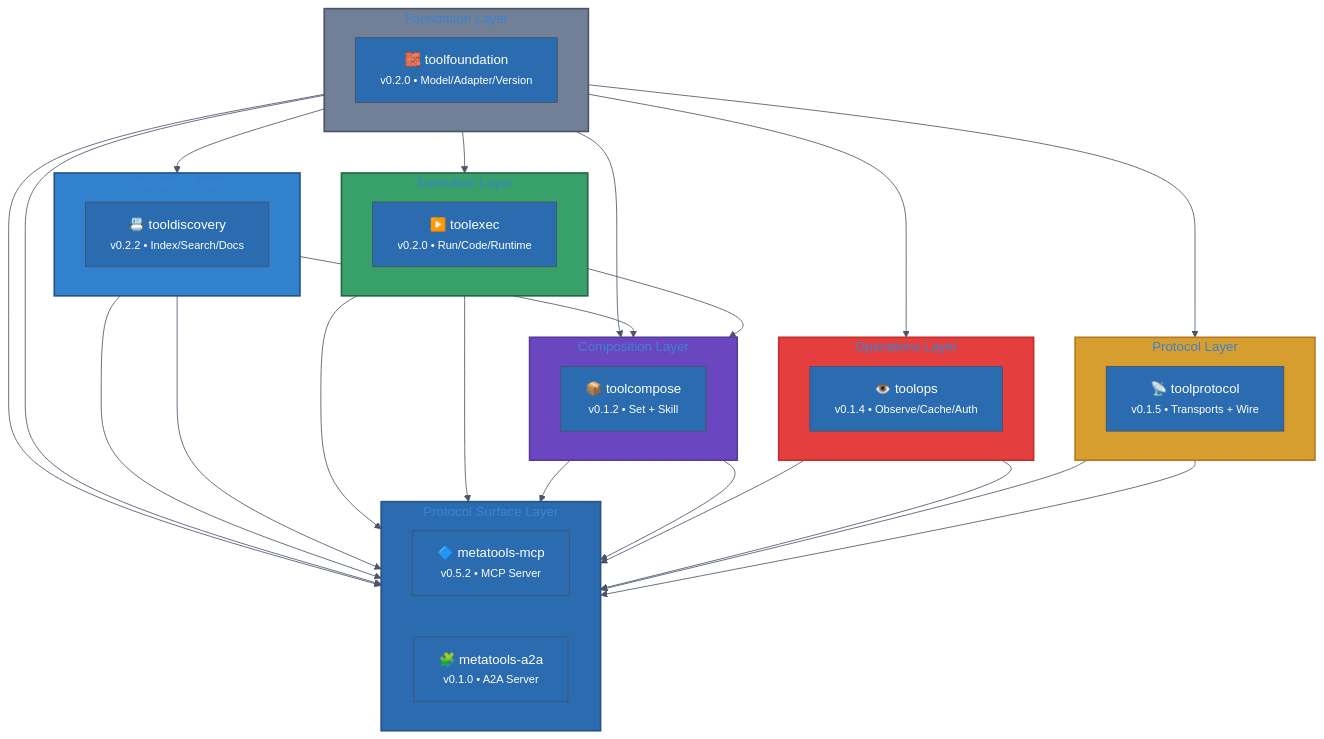
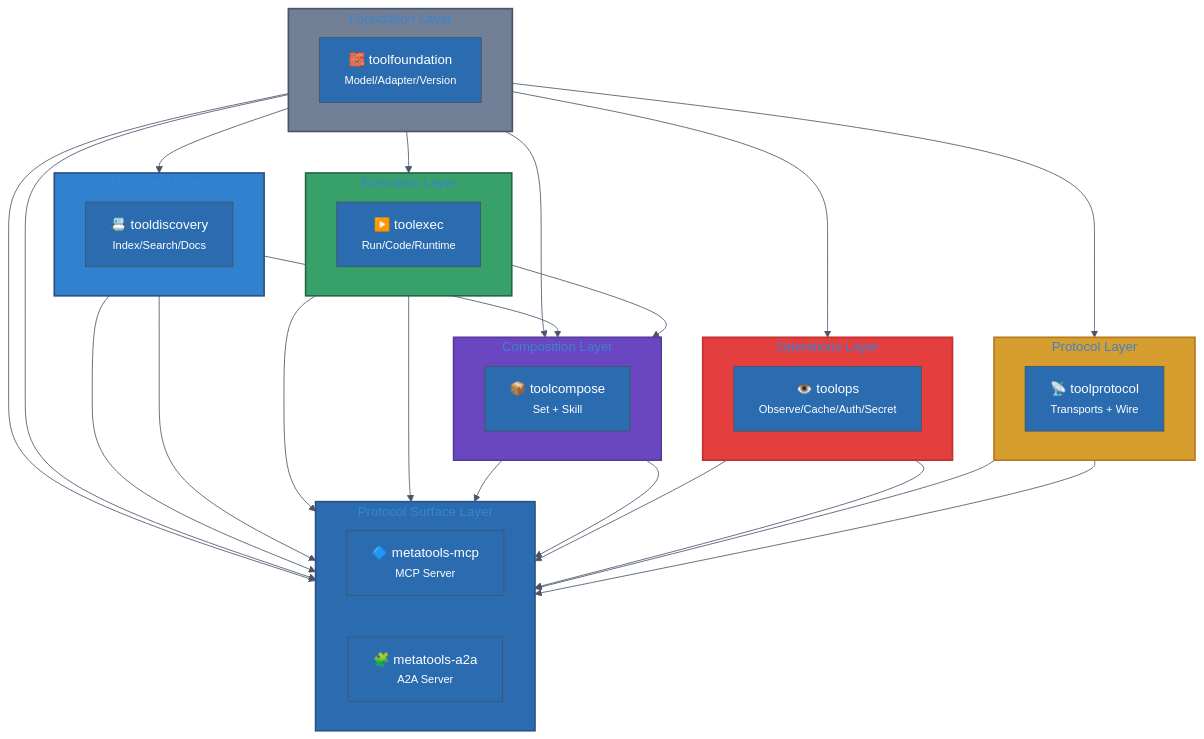
Before and after one commit to jonwraymond/ai-tools-stack: the second of 7 diagrams in docs/architecture/overview.md, drawn with Mermaid. The commit also changed 10 other files, not shown here.

````diff
--- a/docs/architecture/overview.md
+++ b/docs/architecture/overview.md
@@ -60,70 +60,70 @@
 ```mermaid
 %%{init: {'theme': 'base', 'themeVariables': {'primaryColor': '#2b6cb0', 'primaryTextColor': '#fff', 'lineColor': '#4a5568'}}}%%
 flowchart TB
     subgraph surface["Protocol Surface Layer"]
         direction LR
-        metatools["🔷 metatools-mcp<br/><small>v0.5.2 • MCP Server</small>"]
-        metatoolsA2A["🧩 metatools-a2a<br/><small>v0.1.0 • A2A Server</small>"]
+        metatools["🔷 metatools-mcp<br/><small>MCP Server</small>"]
+        metatoolsA2A["🧩 metatools-a2a<br/><small>A2A Server</small>"]
     end
 
     subgraph protocol["Protocol Layer"]
         direction LR
-        toolprotocol["📡 toolprotocol<br/><small>v0.1.5 • Transports + Wire</small>"]
+        toolprotocol["📡 toolprotocol<br/><small>Transports + Wire</small>"]
     end
 
     subgraph operations["Operations Layer"]
         direction LR
-        toolops["👁️ toolops<br/><small>v0.1.4 • Observe/Cache/Auth</small>"]
+        toolops["👁️ toolops<br/><small>Observe/Cache/Auth/Secret</small>"]
     end
 
     subgraph composition["Composition Layer"]
         direction LR
-        toolcompose["📦 toolcompose<br/><small>v0.1.2 • Set + Skill</small>"]
+        toolcompose["📦 toolcompose<br/><small>Set + Skill</small>"]
     end
 
     subgraph execution["Execution Layer"]
         direction LR
-        toolexec["▶️ toolexec<br/><small>v0.2.0 • Run/Code/Runtime</small>"]
+        toolexec["▶️ toolexec<br/><small>Run/Code/Runtime</small>"]
     end
 
     subgraph discovery["Discovery Layer"]
         direction LR
-        tooldiscovery["📇 tooldiscovery<br/><small>v0.2.2 • Index/Search/Docs</small>"]
+        tooldiscovery["📇 tooldiscovery<br/><small>Index/Search/Docs</small>"]
     end
 
     subgraph foundation["Foundation Layer"]
         direction LR
-        toolfoundation["🧱 toolfoundation<br/><small>v0.2.0 • Model/Adapter/Version</small>"]
+        toolfoundation["🧱 toolfoundation<br/><small>Model/Adapter/Version</small>"]
     end
 
     toolfoundation --> tooldiscovery
     toolfoundation --> toolexec
     toolfoundation --> toolprotocol
     toolfoundation --> toolops
     toolfoundation --> toolcompose
 
     tooldiscovery --> toolcompose
     toolexec --> toolcompose
 
     toolprotocol --> metatools
     toolops --> metatools
     toolcompose --> metatools
     toolexec --> metatools
     tooldiscovery --> metatools
     toolfoundation --> metatools
 
     toolprotocol --> metatoolsA2A
     toolops --> metatoolsA2A
     toolcompose --> metatoolsA2A
     toolexec --> metatoolsA2A
     tooldiscovery --> metatoolsA2A
     toolfoundation --> metatoolsA2A
 
     style surface fill:#2b6cb0,stroke:#2c5282,stroke-width:2px
     style protocol fill:#d69e2e,stroke:#b7791f,stroke-width:2px
     style operations fill:#e53e3e,stroke:#c53030,stroke-width:2px
     style composition fill:#6b46c1,stroke:#553c9a,stroke-width:2px
     style execution fill:#38a169,stroke:#276749,stroke-width:2px
     style discovery fill:#3182ce,stroke:#2c5282,stroke-width:2px
     style foundation fill:#718096,stroke:#4a5568,stroke-width:2px
 ```
````
